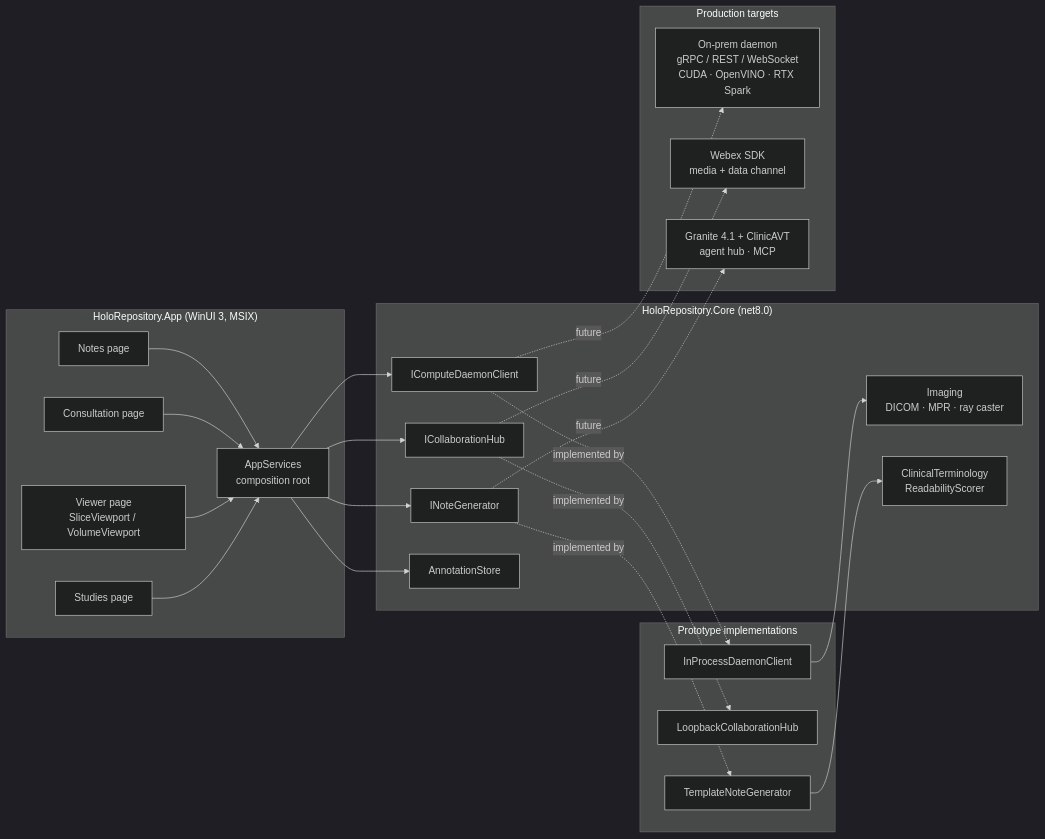
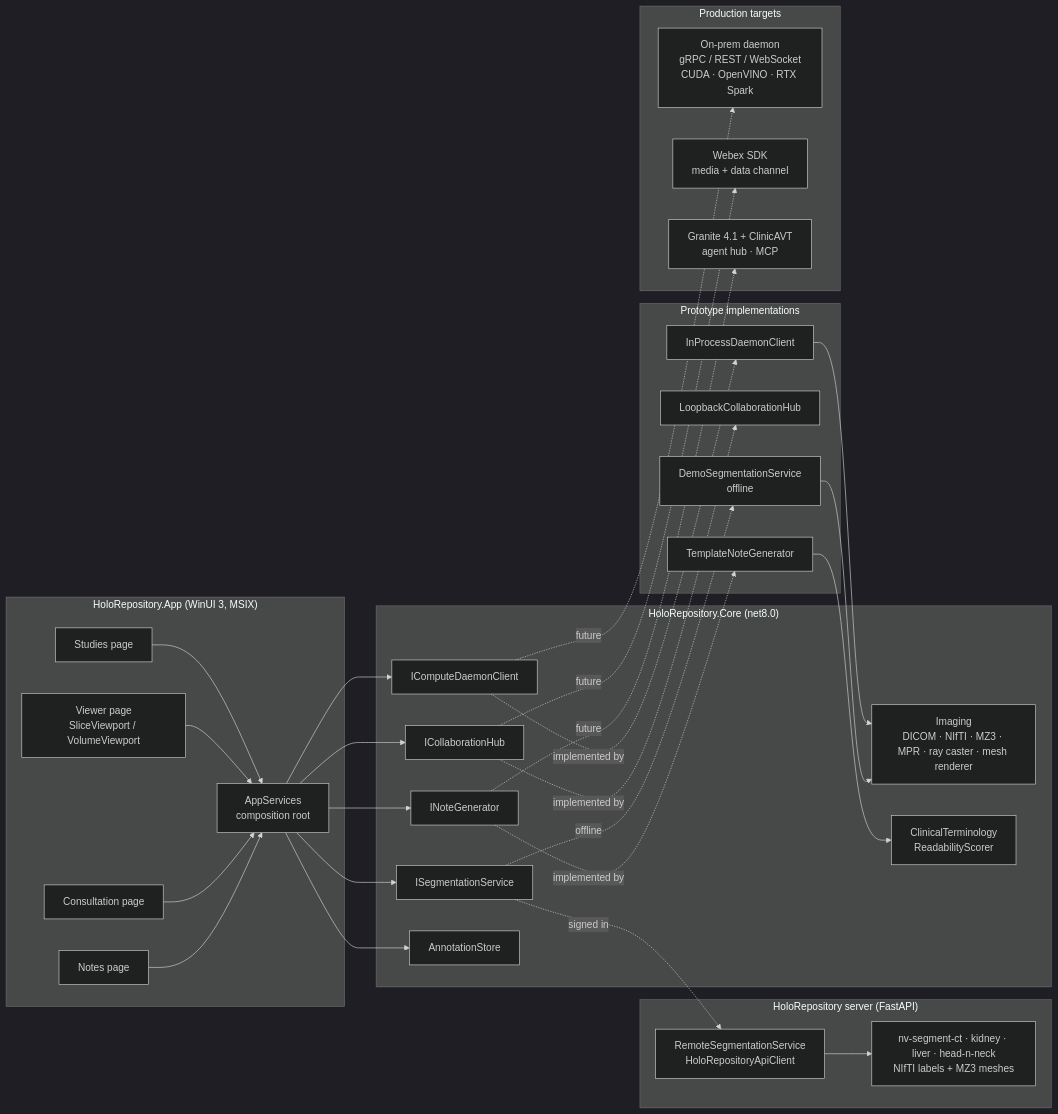
The diagram in src/clients/windows/docs/ARCHITECTURE.md (HoloRepository/HoloRepository), drawn with Mermaid (dark theme) before and after one commit. The commit also changed other lines of this file and 6 other files, not shown here.

````diff
--- a/src/clients/windows/docs/ARCHITECTURE.md
+++ b/src/clients/windows/docs/ARCHITECTURE.md
@@ -5,41 +5,50 @@
 ```mermaid
 flowchart LR
     subgraph App["HoloRepository.App (WinUI 3, MSIX)"]
         Studies[Studies page]
         Viewer[Viewer page<br/>SliceViewport / VolumeViewport]
         Consult[Consultation page]
         Notes[Notes page]
         Services[AppServices<br/>composition root]
     end
 
     subgraph Core["HoloRepository.Core (net8.0)"]
         Daemon[IComputeDaemonClient]
         Hub[ICollaborationHub]
         NoteGen[INoteGenerator]
+        Seg[ISegmentationService]
         Store[AnnotationStore]
-        Imaging[Imaging<br/>DICOM · MPR · ray caster]
+        Imaging[Imaging<br/>DICOM · NIfTI · MZ3 · MPR · ray caster · mesh renderer]
         Terms[ClinicalTerminology<br/>ReadabilityScorer]
     end
 
     subgraph Today["Prototype implementations"]
         InProc[InProcessDaemonClient]
         Loopback[LoopbackCollaborationHub]
         Template[TemplateNoteGenerator]
+        Demo[DemoSegmentationService<br/>offline]
+    end
+
+    subgraph Server["HoloRepository server (FastAPI)"]
+        Remote[RemoteSegmentationService<br/>HoloRepositoryApiClient]
+        Models[nv-segment-ct · kidney · liver · head-n-neck<br/>NIfTI labels + MZ3 meshes]
     end
 
     subgraph Later["Production targets"]
         RealDaemon[On-prem daemon<br/>gRPC / REST / WebSocket<br/>CUDA · OpenVINO · RTX Spark]
         Webex[Webex SDK<br/>media + data channel]
         Granite[Granite 4.1 + ClinicAVT<br/>agent hub · MCP]
     end
 
     Studies & Viewer --> Services
     Consult & Notes --> Services
-    Services --> Daemon & Hub & NoteGen & Store
+    Services --> Daemon & Hub & NoteGen & Store & Seg
     Daemon -.implemented by.-> InProc --> Imaging
     Hub -.implemented by.-> Loopback
     NoteGen -.implemented by.-> Template --> Terms
+    Seg -.signed in.-> Remote --> Models
+    Seg -.offline.-> Demo --> Imaging
     Daemon -.future.-> RealDaemon
     Hub -.future.-> Webex
     NoteGen -.future.-> Granite
 ```
````
